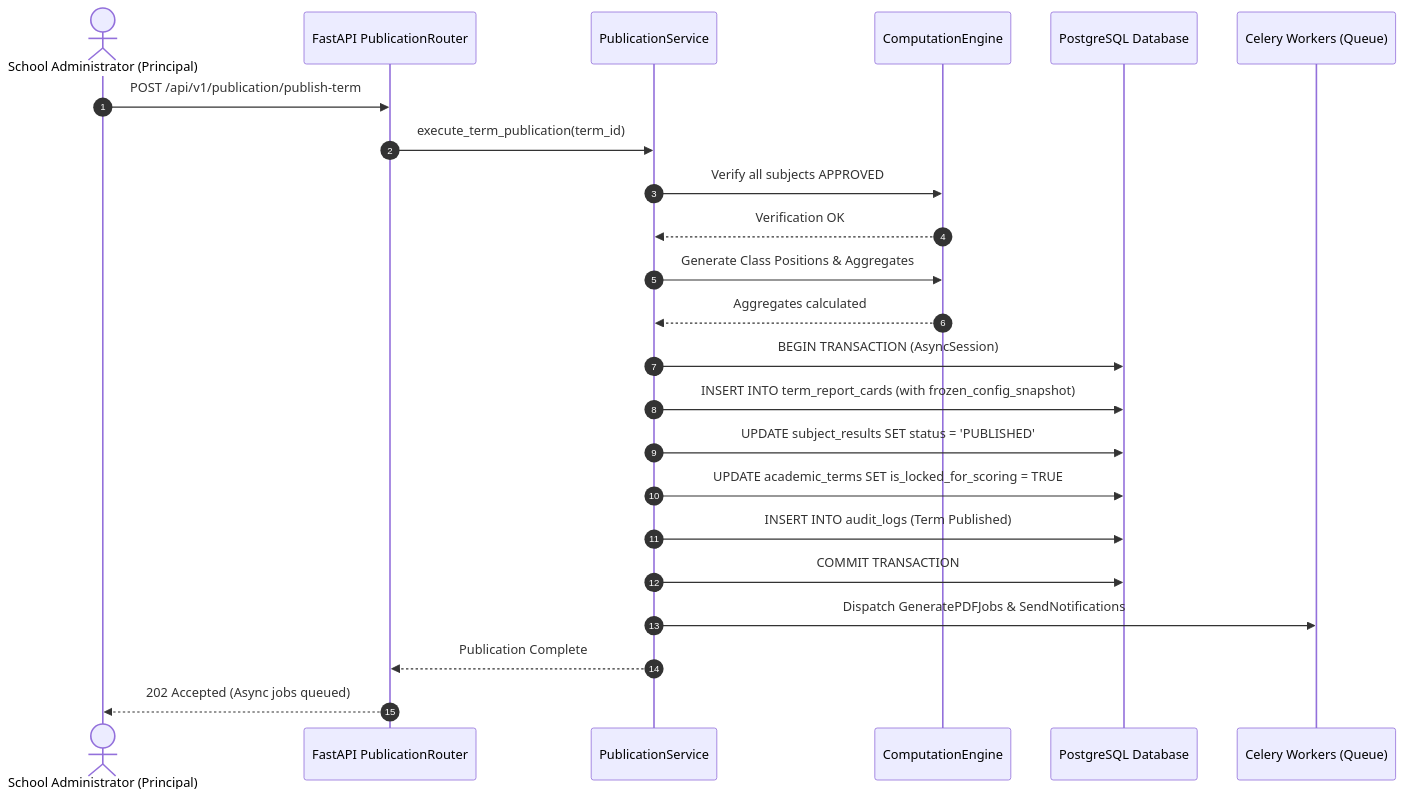
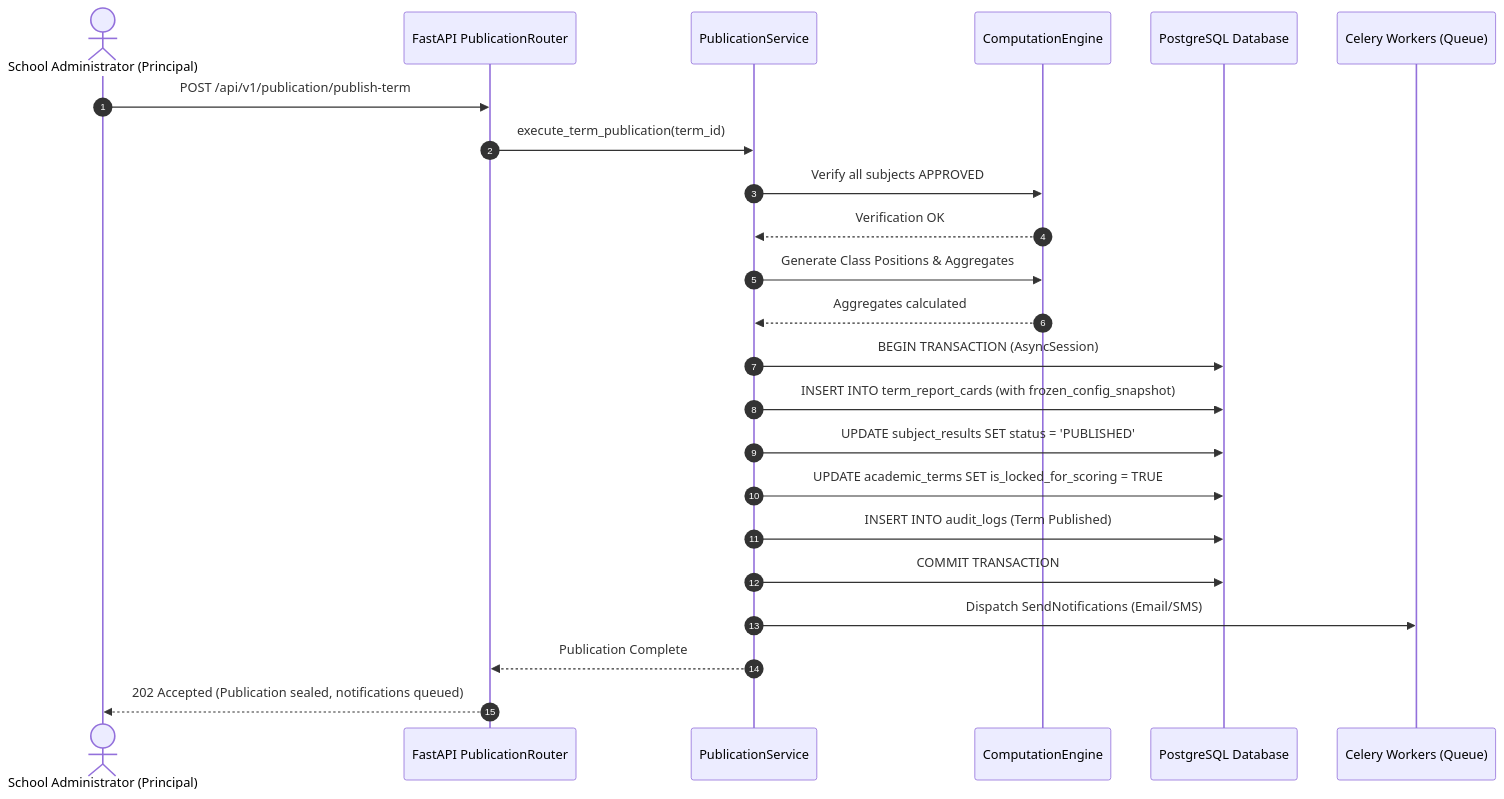
One commit to Dev-Eyitayo/Student-Portal changed the sixth of 11 diagrams in ARCHITECTURE.md. Above: the diagram before and after it, drawn with Mermaid. The commit also changed other lines of this file and 27 other files, not shown here.

Commit message:
feat: complete Phase 1 foundation scaffolding with tests and updated architecture decisions

````diff
--- a/ARCHITECTURE.md
+++ b/ARCHITECTURE.md
@@ -1187,26 +1214,26 @@
 ```mermaid
 sequenceDiagram
     autonumber
     actor Principal as School Administrator (Principal)
     participant PubRouter as FastAPI PublicationRouter
     participant PubService as PublicationService
     participant CompEngine as ComputationEngine
     participant DB as PostgreSQL Database
     participant Celery as Celery Workers (Queue)
 
     Principal->>PubRouter: POST /api/v1/publication/publish-term
     PubRouter->>PubService: execute_term_publication(term_id)
     PubService->>CompEngine: Verify all subjects APPROVED
     CompEngine-->>PubService: Verification OK
     PubService->>CompEngine: Generate Class Positions & Aggregates
     CompEngine-->>PubService: Aggregates calculated
     PubService->>DB: BEGIN TRANSACTION (AsyncSession)
     PubService->>DB: INSERT INTO term_report_cards (with frozen_config_snapshot)
     PubService->>DB: UPDATE subject_results SET status = 'PUBLISHED'
     PubService->>DB: UPDATE academic_terms SET is_locked_for_scoring = TRUE
     PubService->>DB: INSERT INTO audit_logs (Term Published)
     PubService->>DB: COMMIT TRANSACTION
-    PubService->>Celery: Dispatch GeneratePDFJobs & SendNotifications
+    PubService->>Celery: Dispatch SendNotifications (Email/SMS)
     PubService-->>PubRouter: Publication Complete
-    PubRouter-->>Principal: 202 Accepted (Async jobs queued)
+    PubRouter-->>Principal: 202 Accepted (Publication sealed, notifications queued)
 ```
````
